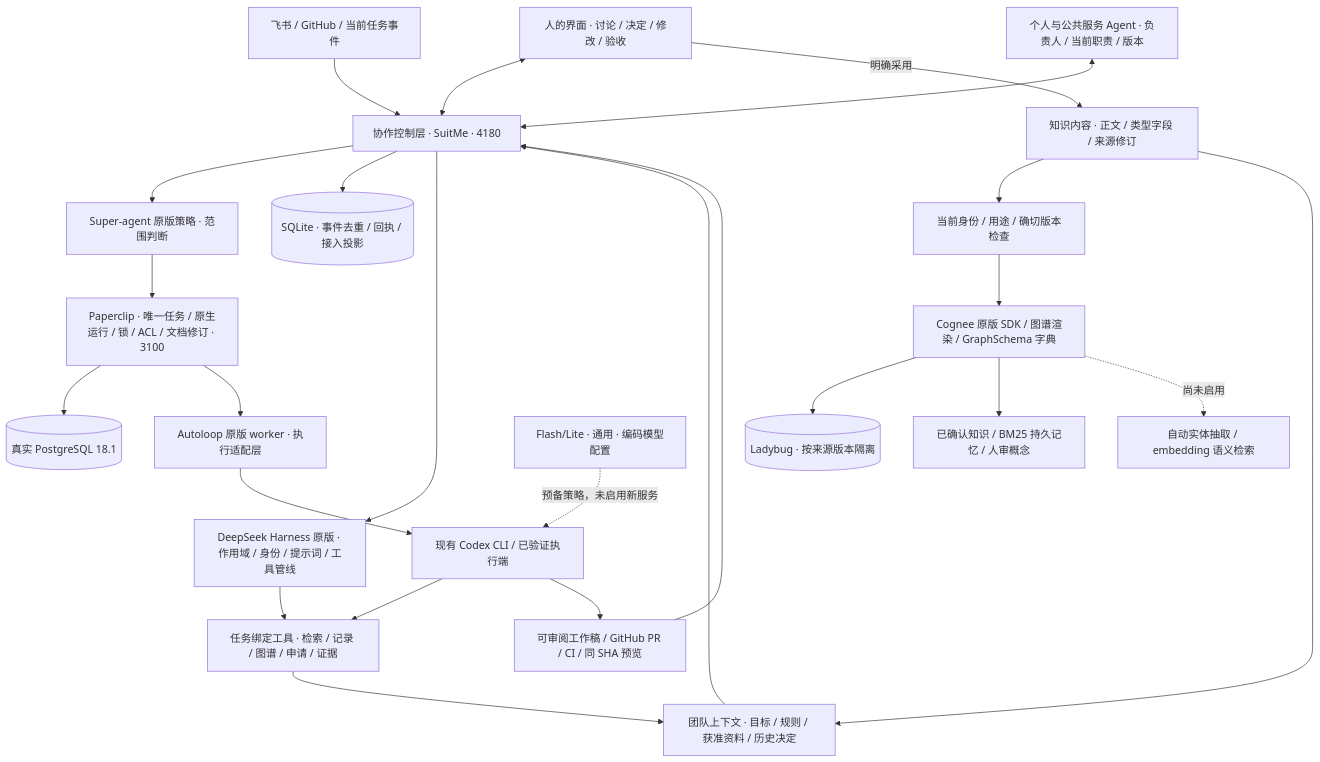
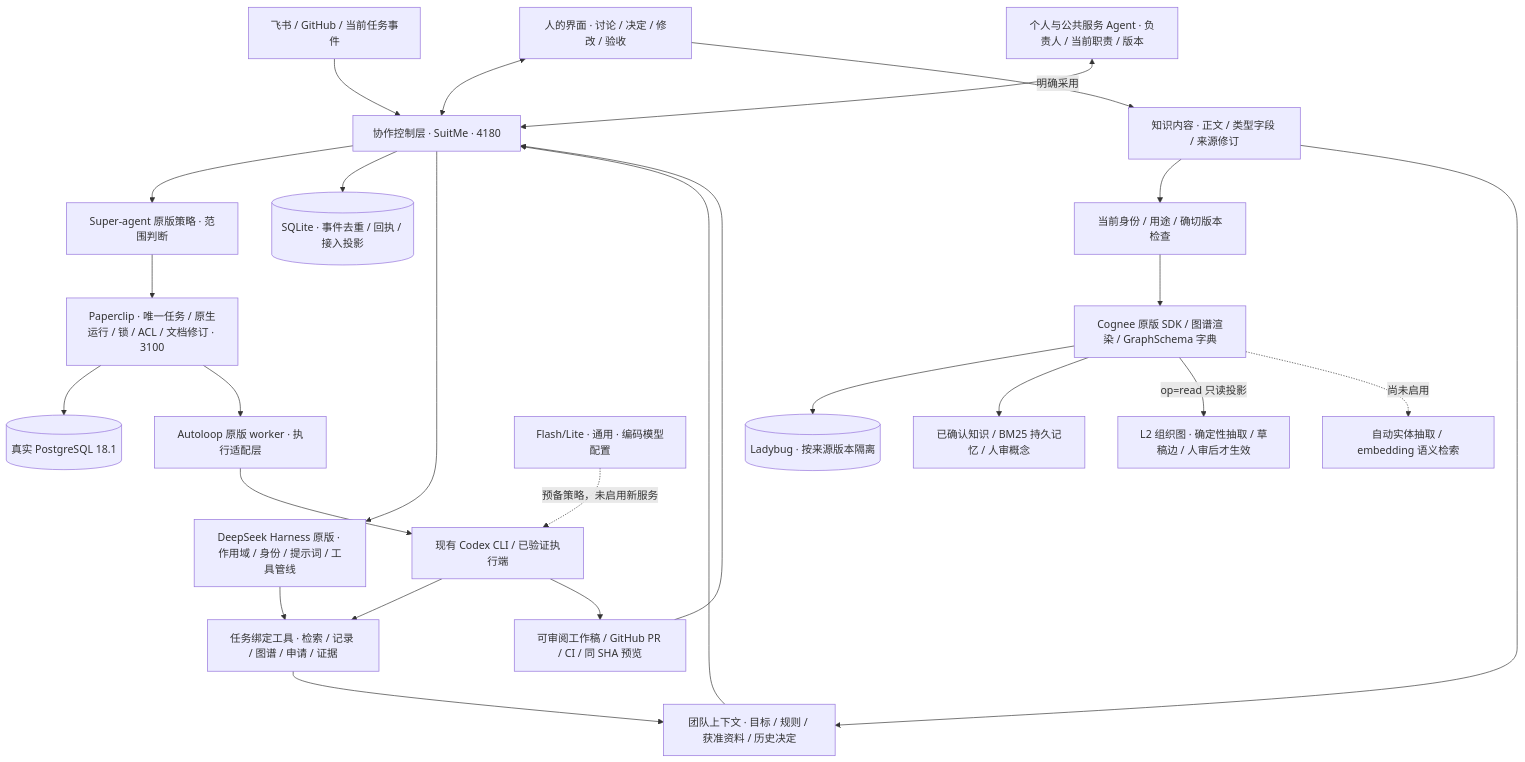
Before and after one commit to zhegong-996/Contractor: the diagram in docs/SYSTEM-ARCHITECTURE.md, drawn with Mermaid. The commit also changed other lines of this file and 28 other files, not shown here.

First line of the commit message:
完成 L2 组织图自动抽取、P3 后半段与独立视觉评审链

````diff
--- a/docs/SYSTEM-ARCHITECTURE.md
+++ b/docs/SYSTEM-ARCHITECTURE.md
@@ -7,27 +7,28 @@
 ```mermaid
 flowchart TD
   Events[飞书 / GitHub / 当前任务事件] --> Control[协作控制层 · SuitMe · 4180]
   Humans[人的界面 · 讨论 / 决定 / 修改 / 验收] <--> Control
   Services[个人与公共服务 Agent · 负责人 / 当前职责 / 版本] <--> Control
   Context[团队上下文 · 目标 / 规则 / 获准资料 / 历史决定] --> Control
   Control --> Policy[Super-agent 原版策略 · 范围判断]
   Policy --> PC[Paperclip · 唯一任务 / 原生运行 / 锁 / ACL / 文档修订 · 3100]
   PC --> PG[(真实 PostgreSQL 18.1)]
   Control --> SQLite[(SQLite · 事件去重 / 回执 / 接入投影)]
   Control --> Harness[DeepSeek Harness 原版 · 作用域 / 身份 / 提示词 / 工具管线]
   Harness --> Tools
   PC --> Worker[Autoloop 原版 worker · 执行适配层]
   Worker --> Exec[现有 Codex CLI / 已验证执行端]
   Exec --> Tools[任务绑定工具 · 检索 / 记录 / 图谱 / 申请 / 证据]
   Tools --> Context
   Exec --> Evidence[可审阅工作稿 / GitHub PR / CI / 同 SHA 预览]
   Evidence --> Control
   Humans -->|明确采用| Source[知识内容 · 正文 / 类型字段 / 来源修订]
   Source --> Gate[当前身份 / 用途 / 确切版本检查]
   Gate --> Cognee[Cognee 原版 SDK / 图谱渲染 / GraphSchema 字典]
   Cognee --> Ladybug[(Ladybug · 按来源版本隔离)]
   Source --> Context
   Model[Flash/Lite · 通用 · 编码模型配置] -.预备策略，未启用新服务.-> Exec
   Cognee --> Memory[已确认知识 / BM25 持久记忆 / 人审概念]
+  Cognee -->|op=read 只读投影| L2[L2 组织图 · 确定性抽取 / 草稿边 / 人审后才生效]
   Cognee -.尚未启用.-> Semantic[自动实体抽取 / embedding 语义检索]
 ```
````
